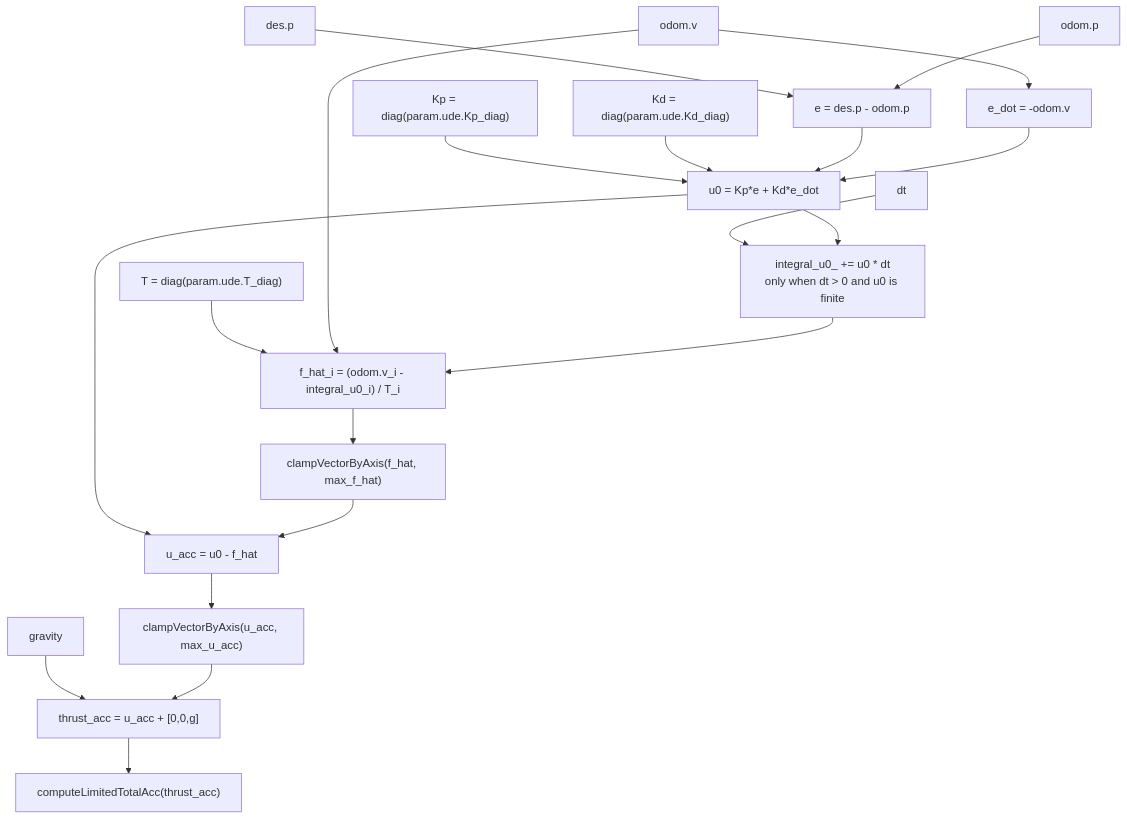
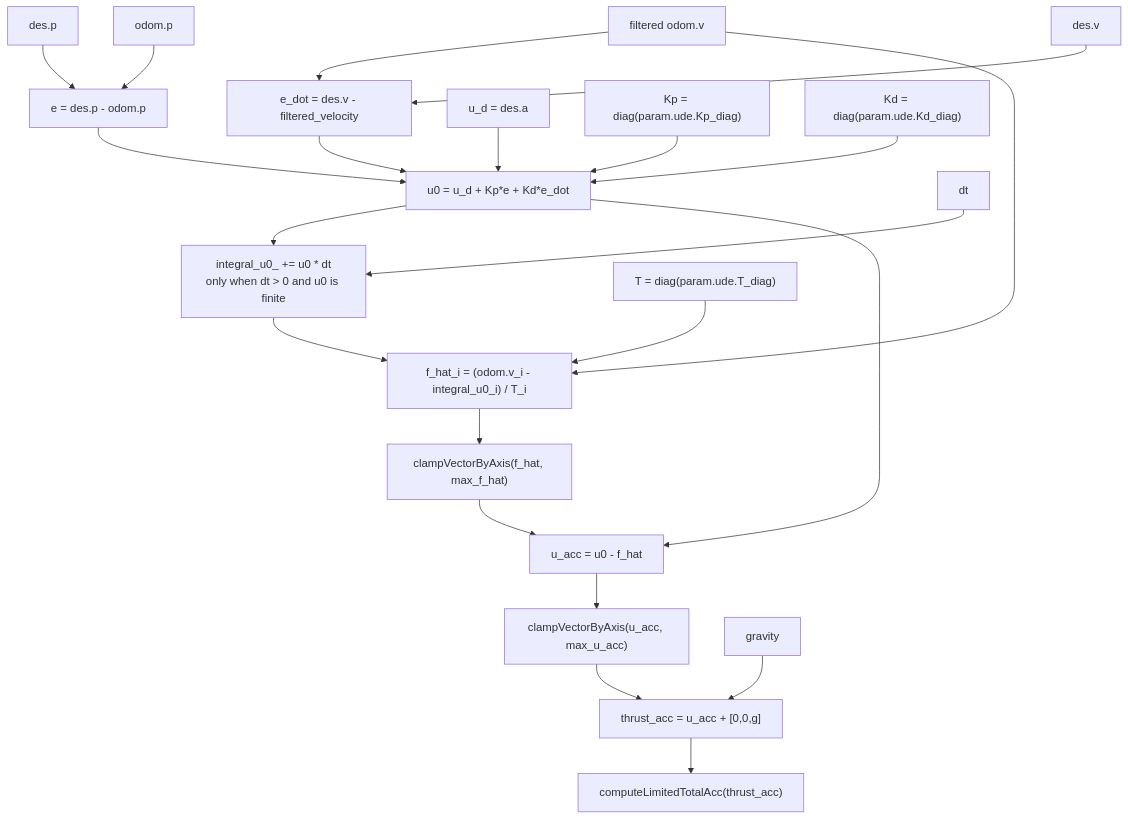
Before and after one commit to fd3s1/lerobot: the second of 8 diagrams in ref_code/vla_px4ctrl_ros2/src/px4ctrl/docs/controller_data_flow.md, drawn with Mermaid. The commit also changed other lines of this file and 54 other files, not shown here.

````diff
--- a/ref_code/vla_px4ctrl_ros2/src/px4ctrl/docs/controller_data_flow.md
+++ b/ref_code/vla_px4ctrl_ros2/src/px4ctrl/docs/controller_data_flow.md
@@ -111,27 +115,29 @@
 ```mermaid
 flowchart TD
   P_DES["des.p"] --> E["e = des.p - odom.p"]
   P_ODOM["odom.p"] --> E
-  V_ODOM["odom.v"] --> EDOT["e_dot = -odom.v"]
+  V_DES["des.v"] --> EDOT["e_dot = des.v - filtered_velocity"]
+  V_ODOM["filtered odom.v"] --> EDOT
+  A_DES["u_d = des.a"] --> U0
 
   KP["Kp = diag(param.ude.Kp_diag)"] --> U0
   KD["Kd = diag(param.ude.Kd_diag)"] --> U0
-  E --> U0["u0 = Kp*e + Kd*e_dot"]
+  E --> U0["u0 = u_d + Kp*e + Kd*e_dot"]
   EDOT --> U0
 
   DT["dt"] --> INT["integral_u0_ += u0 * dt<br/>only when dt > 0 and u0 is finite"]
   U0 --> INT
 
   T["T = diag(param.ude.T_diag)"] --> FHAT
   V_ODOM --> FHAT["f_hat_i = (odom.v_i - integral_u0_i) / T_i"]
   INT --> FHAT
   FHAT --> FHAT_LIMIT["clampVectorByAxis(f_hat, max_f_hat)"]
 
   U0 --> UACC["u_acc = u0 - f_hat"]
   FHAT_LIMIT --> UACC
   UACC --> UACC_LIMIT["clampVectorByAxis(u_acc, max_u_acc)"]
 
   G["gravity"] --> THRUST_ACC
   UACC_LIMIT --> THRUST_ACC["thrust_acc = u_acc + [0,0,g]"]
   THRUST_ACC --> LIMITED["computeLimitedTotalAcc(thrust_acc)"]
 ```
````
